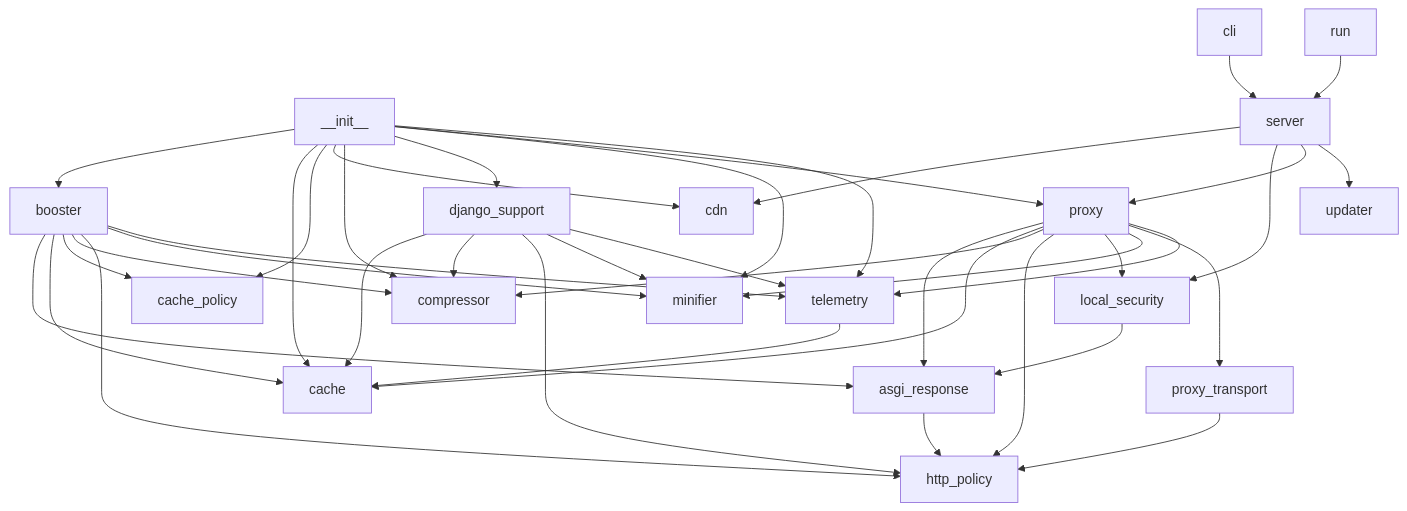
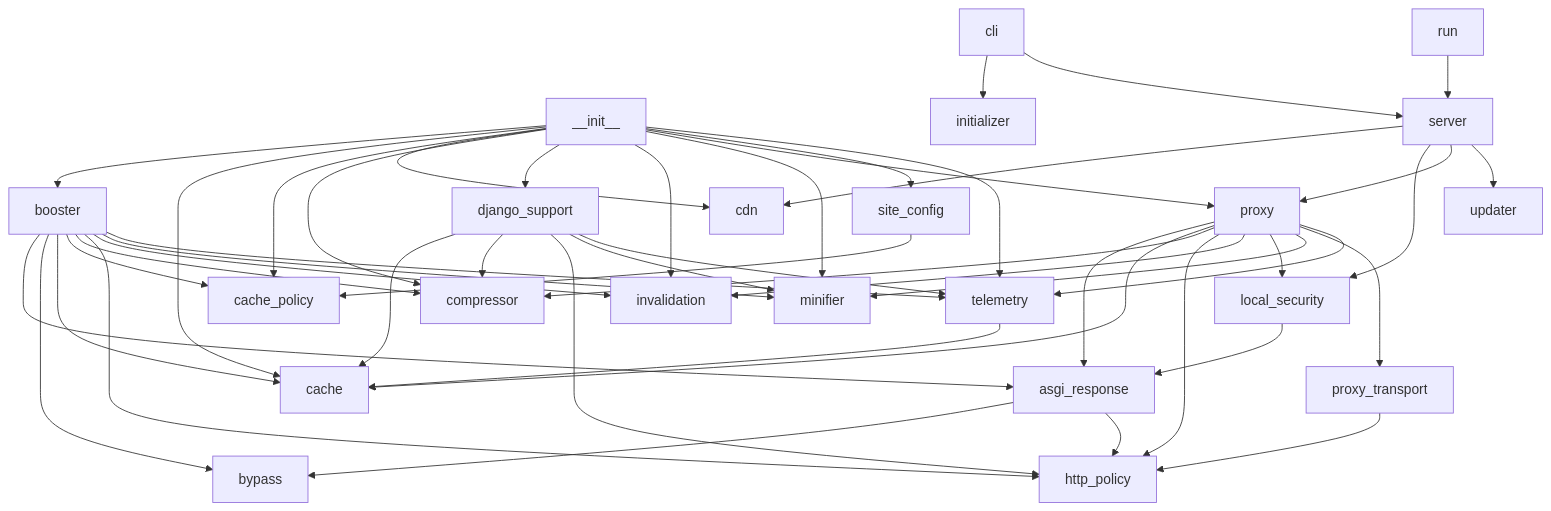
One commit to Gaazi/booster changed the diagram in CODEMAP.md. Above: the diagram before and after it, drawn with Mermaid. The commit also changed other lines of this file and 13 other files, not shown here.

````diff
--- a/CODEMAP.md
+++ b/CODEMAP.md
@@ -305,42 +386,50 @@
 ```mermaid
 graph TD
   __init__ --> booster
   __init__ --> cache
   __init__ --> cache_policy
   __init__ --> cdn
   __init__ --> compressor
   __init__ --> django_support
+  __init__ --> invalidation
   __init__ --> minifier
   __init__ --> proxy
+  __init__ --> site_config
   __init__ --> telemetry
+  asgi_response --> bypass
   asgi_response --> http_policy
   booster --> asgi_response
+  booster --> bypass
   booster --> cache
   booster --> cache_policy
   booster --> compressor
   booster --> http_policy
+  booster --> invalidation
   booster --> minifier
   booster --> telemetry
+  cli --> initializer
   cli --> server
   django_support --> cache
   django_support --> compressor
   django_support --> http_policy
   django_support --> minifier
   django_support --> telemetry
   local_security --> asgi_response
   proxy --> asgi_response
   proxy --> cache
   proxy --> compressor
   proxy --> http_policy
+  proxy --> invalidation
   proxy --> local_security
   proxy --> minifier
   proxy --> proxy_transport
   proxy --> telemetry
   proxy_transport --> http_policy
   run --> server
   server --> cdn
   server --> local_security
   server --> proxy
   server --> updater
+  site_config --> cache_policy
   telemetry --> cache
 ```
````
